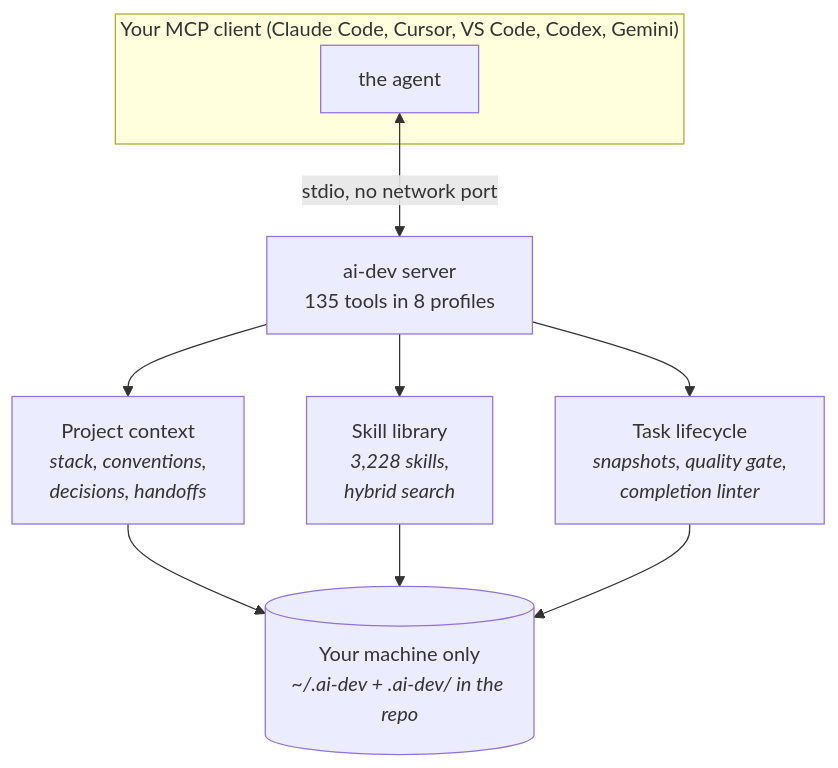
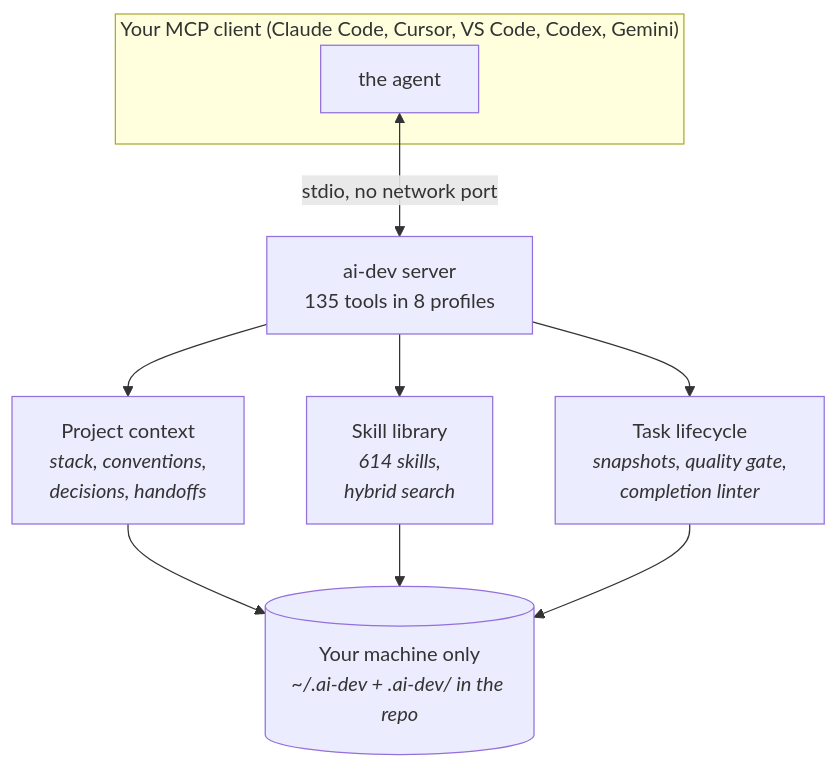
The second of 2 diagrams in README.md (BreezeAreaSay/ai-dev-system), drawn with Mermaid before and after one commit. The commit also changed other lines of this file and 2622 other files, not shown here.

````diff
--- a/README.md
+++ b/README.md
@@ -145,11 +145,11 @@
 ```mermaid
 flowchart TB
     subgraph client["Your MCP client (Claude Code, Cursor, VS Code, Codex, Gemini)"]
         agent["the agent"]
     end
     agent <-->|stdio, no network port| server["ai-dev server<br/>135 tools in 8 profiles"]
     server --> ctx["Project context<br/><i>stack, conventions,<br/>decisions, handoffs</i>"]
-    server --> skills["Skill library<br/><i>3,228 skills,<br/>hybrid search</i>"]
+    server --> skills["Skill library<br/><i>614 skills,<br/>hybrid search</i>"]
     server --> life["Task lifecycle<br/><i>snapshots, quality gate,<br/>completion linter</i>"]
     ctx & skills & life --> disk[("Your machine only<br/><i>~/.ai-dev + .ai-dev/ in the repo</i>")]
 ```
````
